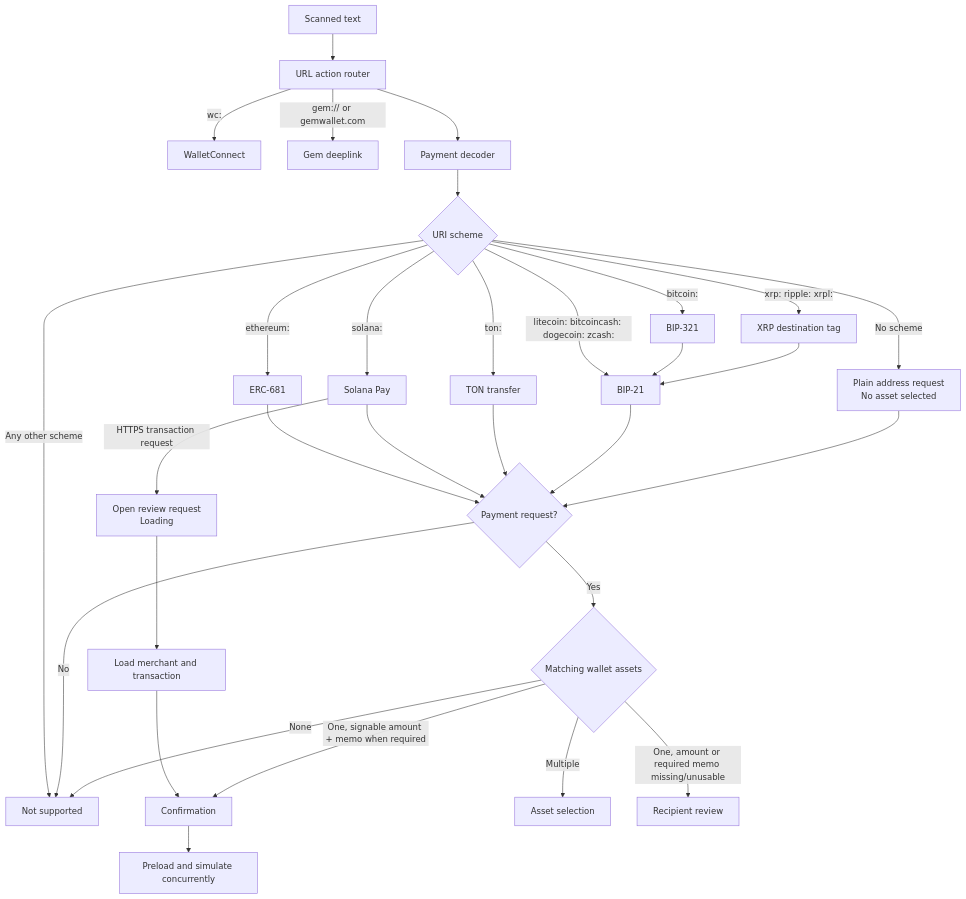
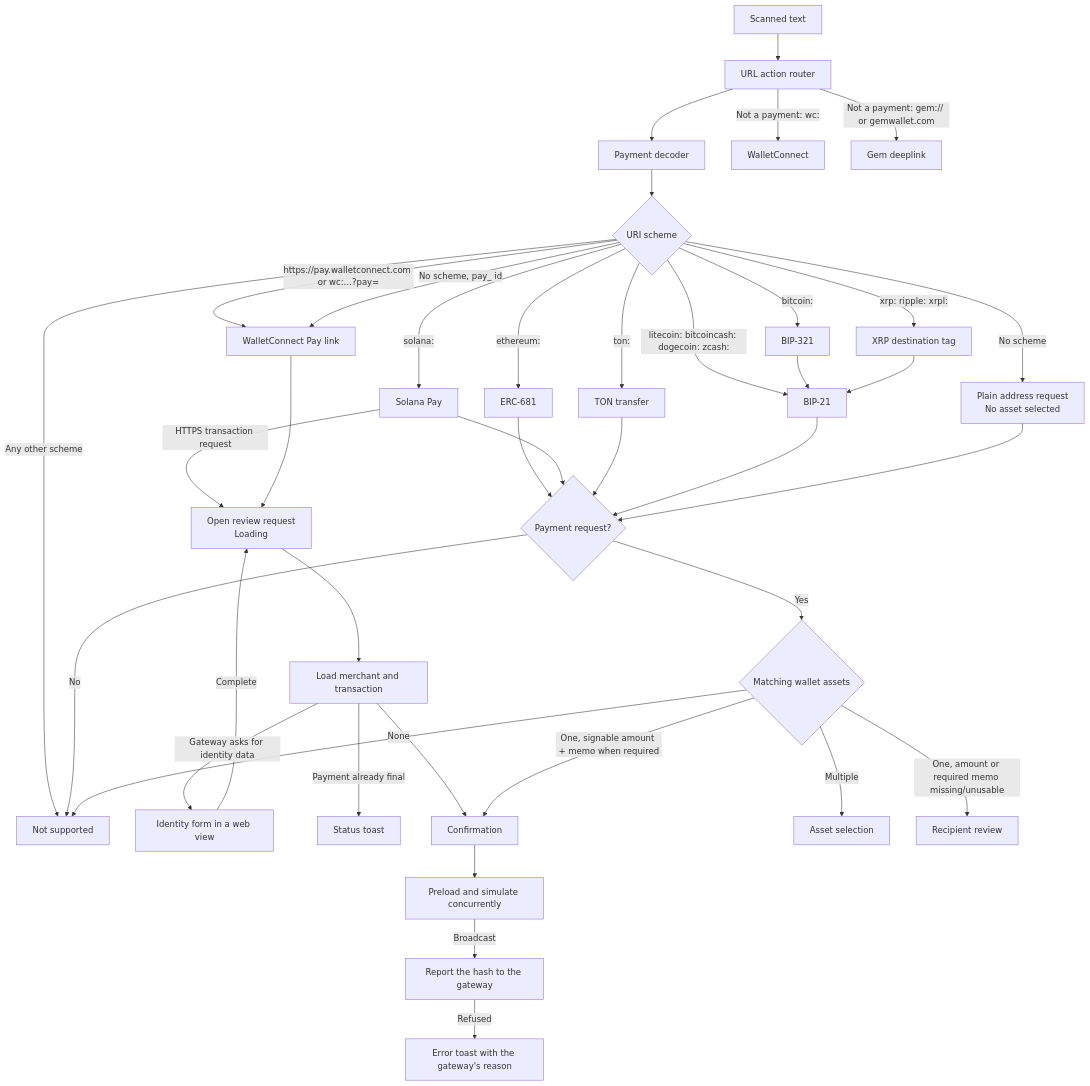
The diagram in docs/PAYMENTS.md (gemwalletcom/wallet), drawn with Mermaid before and after one commit. The commit also changed other lines of this file, not shown here.

Commit message:
Document the WalletConnect Pay flow

````diff
--- a/docs/PAYMENTS.md
+++ b/docs/PAYMENTS.md
@@ -21,29 +22,37 @@
 ```mermaid
 flowchart TD
     Scan["Scanned text"] --> Action["URL action router"]
-    Action -->|"wc:"| WalletConnect["WalletConnect"]
-    Action -->|"gem:// or gemwallet.com"| Deeplink["Gem deeplink"]
     Action --> Decoder["Payment decoder"]
+    Action -->|"Not a payment: wc:"| WalletConnect["WalletConnect"]
+    Action -->|"Not a payment: gem:// or gemwallet.com"| Deeplink["Gem deeplink"]
     Decoder --> Scheme{"URI scheme"}
+    Scheme -->|"https://pay.walletconnect.com or wc:…?pay="| WCPay["WalletConnect Pay link"]
+    Scheme -->|"No scheme, pay_ id"| WCPay
     Scheme -->|"ethereum:"| ERC681["ERC-681"]
     Scheme -->|"solana:"| Solana["Solana Pay"]
     Scheme -->|"ton:"| TON["TON transfer"]
     Scheme -->|"bitcoin:"| BIP321["BIP-321"]
     Scheme -->|"xrp: ripple: xrpl:"| XRP["XRP destination tag"]
     Scheme -->|"litecoin: bitcoincash: dogecoin: zcash:"| BIP21["BIP-21"]
     Scheme -->|"Any other scheme"| Reject["Not supported"]
     Scheme -->|"No scheme"| Address["Plain address request<br/>No asset selected"]
     BIP321 --> BIP21
     XRP --> BIP21
     Solana -->|"HTTPS transaction request"| PaymentReview["Open review request<br/>Loading"]
+    WCPay --> PaymentReview
     PaymentReview --> Gateway["Load merchant and transaction"]
+    Gateway -->|"Gateway asks for identity data"| Verify["Identity form in a web view"]
+    Verify -->|"Complete"| PaymentReview
+    Gateway -->|"Payment already final"| StatusToast["Status toast"]
     Gateway --> Confirm["Open confirmation"]
     Confirm --> Simulation["Preload and simulate concurrently"]
+    Simulation -->|"Broadcast"| Report["Report the hash to the gateway"]
+    Report -->|"Refused"| ErrorToast["Error toast with the gateway's reason"]
     ERC681 & Solana & TON & BIP21 & Address --> Request{"Payment request?"}
     Request -->|"No"| Reject["Not supported"]
     Request -->|"Yes"| Assets{"Matching wallet assets"}
     Assets -->|"None"| Reject
     Assets -->|"Multiple"| Select["Asset selection"]
     Assets -->|"One, signable amount + memo when required"| Confirm["Confirmation"]
     Assets -->|"One, amount or required memo missing/unusable"| Recipient["Recipient review"]
 ```
````
